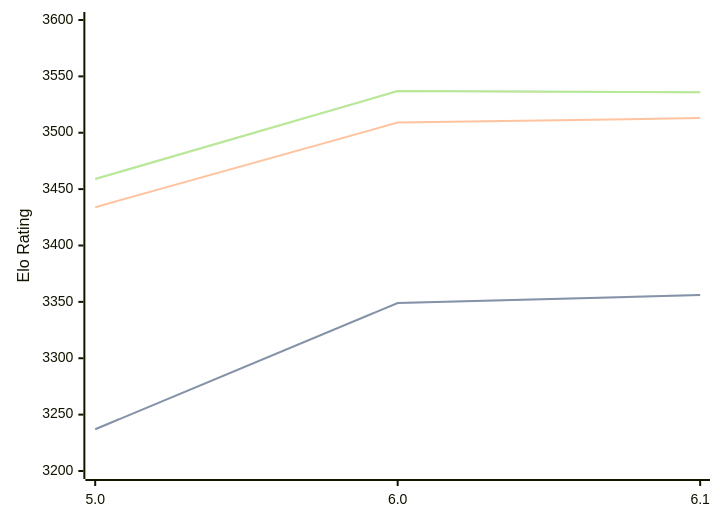
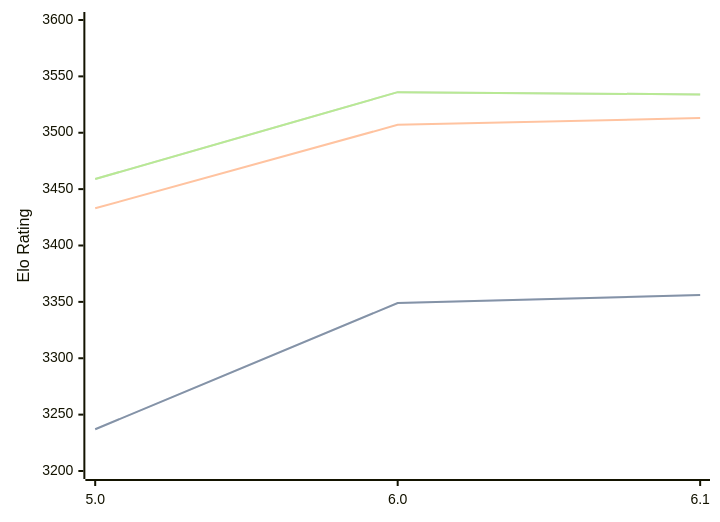
One commit to computer-chess-index/cci changed the diagram in engines/Starzix.md. Above: the diagram before and after it, drawn with Mermaid. The commit also changed other lines of this file, not shown here.

Commit message:
Update CCI Ratings (ELO VLTC) - 2026-03-30

````diff
--- a/engines/Starzix.md
+++ b/engines/Starzix.md
@@ -37,11 +37,11 @@
 ```mermaid
 %%{init: {"theme":"base","themeVariables":{"seriesColors:['#a3a3a3','#222221','#faa371']}}}%%
 xychart-beta
   x-axis ["5.0", "6.0", "6.1"]
   y-axis "Elo Rating" 3200 --> 3600
   line "STC (8.0+0.08s)" [3237, 3349, 3356]
   line "STC (8.0+0.08s)" [3237, 3349, 3356]
-  line "LTC (60.0+0.60s)" [3434, 3509, 3513]
-  line "VLTC (2m24s+1.12s)" [3459, 3537, 3536]
-  line "VLTC (2m24s+1.12s)" [3459, 3537, 3536]
+  line "LTC (60.0+0.60s)" [3433, 3507, 3513]
+  line "VLTC (2m24s+1.12s)" [3459, 3536, 3534]
+  line "VLTC (2m24s+1.12s)" [3459, 3536, 3534]
 ```
````
